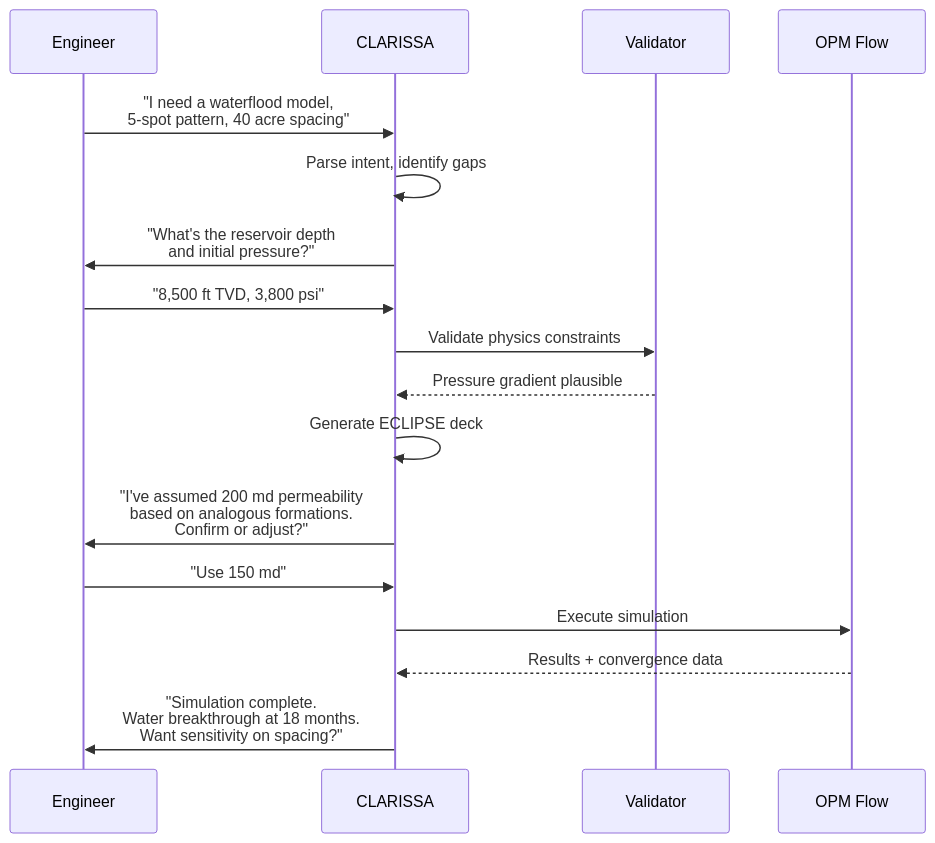
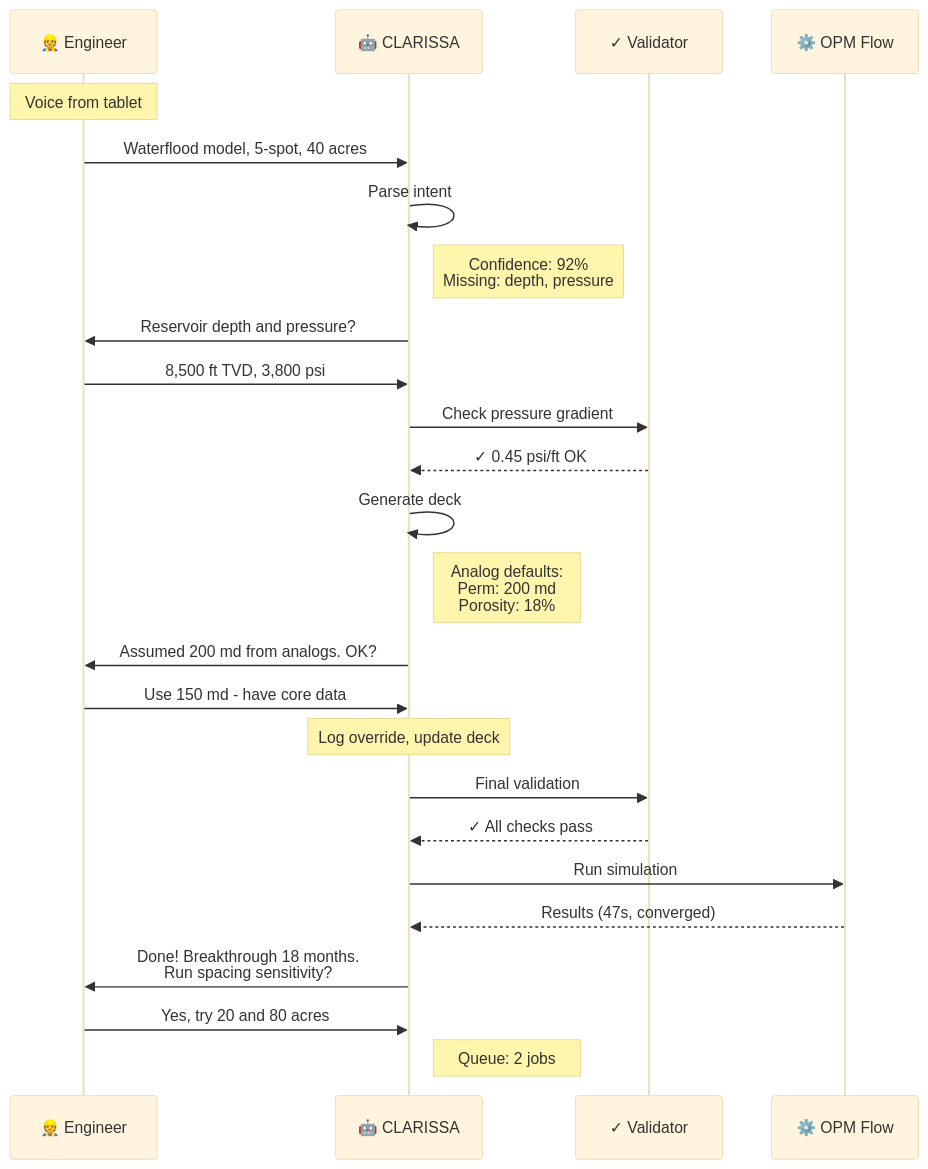
One commit to wolfram-laube/clarissa changed the diagram in conference/spe-europe-2026/diagrams/conversation.mmd. Above: the diagram before and after it, drawn with Mermaid. The commit also changed 5 other files, not shown here.

First line of the commit message:
docs: update Mermaid diagram sources with corrections

```diff
--- a/conference/spe-europe-2026/diagrams/conversation.mmd
+++ b/conference/spe-europe-2026/diagrams/conversation.mmd
@@ -1,18 +1,38 @@
+%%{init: {'theme': 'base', 'themeVariables': {'fontSize': '14px', 'actorFontSize': '16px', 'messageFontSize': '14px', 'noteFontSize': '12px'}}}%%
 sequenceDiagram
-    participant E as Engineer
-    participant C as CLARISSA
-    participant V as Validator
-    participant S as OPM Flow
+    participant E as 👷 Engineer
+    participant C as 🤖 CLARISSA
+    participant V as ✓ Validator
+    participant S as ⚙️ OPM Flow
 
-    E->>C: "I need a waterflood model,<br/>5-spot pattern, 40 acre spacing"
-    C->>C: Parse intent, identify gaps
-    C->>E: "What's the reservoir depth<br/>and initial pressure?"
-    E->>C: "8,500 ft TVD, 3,800 psi"
-    C->>V: Validate physics constraints
-    V-->>C: Pressure gradient plausible
-    C->>C: Generate ECLIPSE deck
-    C->>E: "I've assumed 200 md permeability<br/>based on analogous formations.<br/>Confirm or adjust?"
-    E->>C: "Use 150 md"
-    C->>S: Execute simulation
-    S-->>C: Results + convergence data
-    C->>E: "Simulation complete.<br/>Water breakthrough at 18 months.<br/>Want sensitivity on spacing?"
+    Note over E: Voice from tablet
+    
+    E->>C: Waterflood model, 5-spot, 40 acres
+    
+    C->>C: Parse intent
+    Note right of C: Confidence: 92%<br/>Missing: depth, pressure
+    
+    C->>E: Reservoir depth and pressure?
+    E->>C: 8,500 ft TVD, 3,800 psi
+    
+    C->>V: Check pressure gradient
+    V-->>C: ✓ 0.45 psi/ft OK
+    
+    C->>C: Generate deck
+    Note right of C: Analog defaults:<br/>Perm: 200 md<br/>Porosity: 18%
+    
+    C->>E: Assumed 200 md from analogs. OK?
+    E->>C: Use 150 md - have core data
+    
+    Note over C: Log override, update deck
+    
+    C->>V: Final validation
+    V-->>C: ✓ All checks pass
+    
+    C->>S: Run simulation
+    S-->>C: Results (47s, converged)
+    
+    C->>E: Done! Breakthrough 18 months.<br/>Run spacing sensitivity?
+    E->>C: Yes, try 20 and 80 acres
+    
+    Note right of C: Queue: 2 jobs
```
